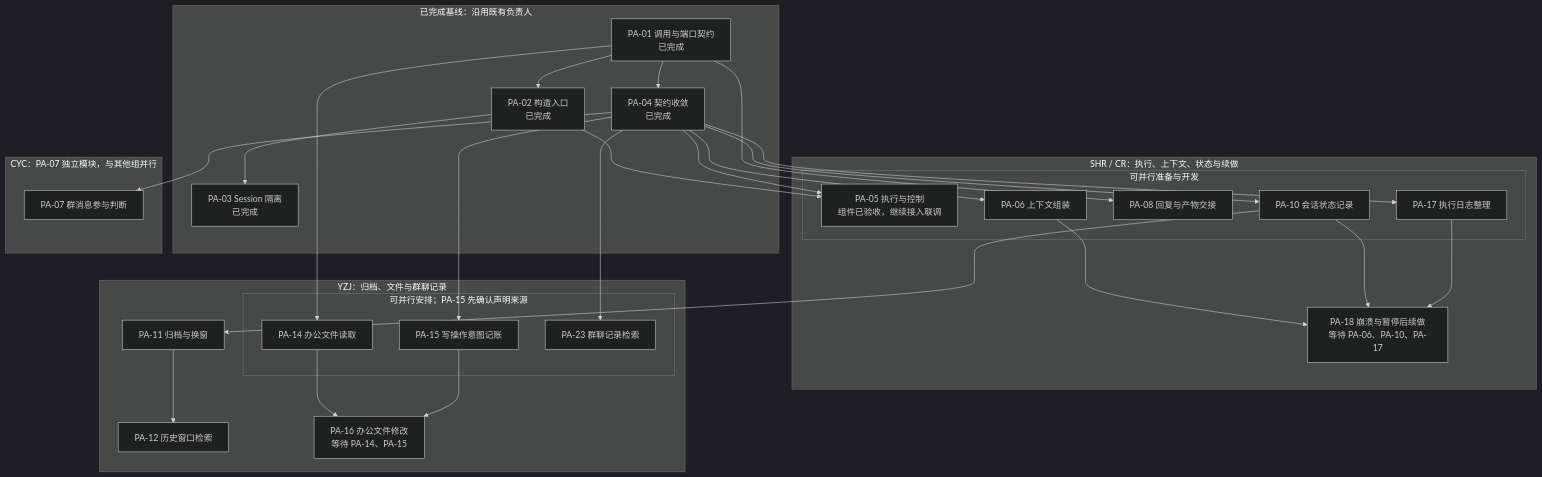
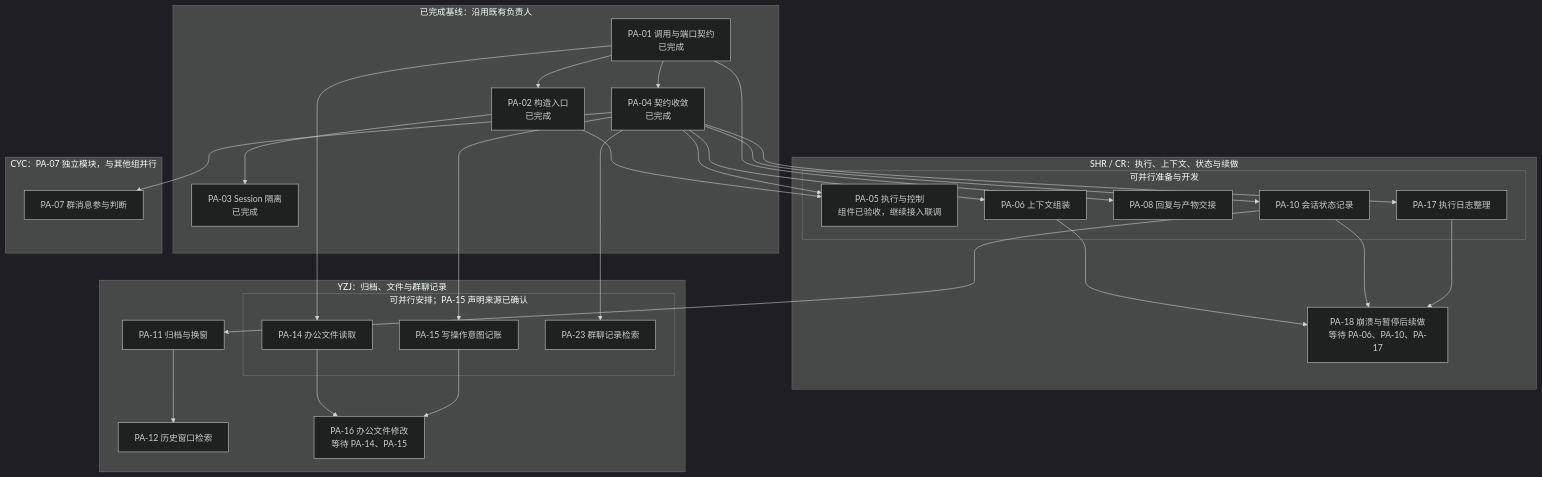
The first of 2 diagrams in openjiuwen/harness/persistent_agent/docs/designs/persistent-agent-development-plan.md (openJiuwen-ai/agent-core), drawn with Mermaid (dark theme) before and after one commit. The commit also changed other lines of this file and 9 other files, not shown here.

Commit message:
feat(PA-15):写操作执行前记录意图，jiuwenswarm待适配

````diff
--- a/openjiuwen/harness/persistent_agent/docs/designs/persistent-agent-development-plan.md
+++ b/openjiuwen/harness/persistent_agent/docs/designs/persistent-agent-development-plan.md
@@ -162,56 +162,56 @@
 ```mermaid
 flowchart TB
     subgraph BASE["已完成基线：沿用既有负责人"]
         P01["PA-01 调用与端口契约<br/>已完成"]
         P02["PA-02 构造入口<br/>已完成"]
         P03["PA-03 Session 隔离<br/>已完成"]
         P04["PA-04 契约收敛<br/>已完成"]
     end
 
     subgraph TEAM_SC["SHR / CR：执行、上下文、状态与续做"]
         subgraph SC_PARALLEL["可并行准备与开发"]
             P05["PA-05 执行与控制<br/>组件已验收，继续接入联调"]
             P06["PA-06 上下文组装"]
             P08["PA-08 回复与产物交接"]
             P10["PA-10 会话状态记录"]
             P17["PA-17 执行日志整理"]
         end
         P18["PA-18 崩溃与暂停后续做<br/>等待 PA-06、PA-10、PA-17"]
     end
 
     subgraph TEAM_YZJ["YZJ：归档、文件与群聊记录"]
-        subgraph YZJ_PARALLEL["可并行安排；PA-15 先确认声明来源"]
+        subgraph YZJ_PARALLEL["可并行安排；PA-15 声明来源已确认"]
             P14["PA-14 办公文件读取"]
             P15["PA-15 写操作意图记账"]
             P23["PA-23 群聊记录检索"]
         end
         P11["PA-11 归档与换窗"]
         P12["PA-12 历史窗口检索"]
         P16["PA-16 办公文件修改<br/>等待 PA-14、PA-15"]
     end
 
     subgraph GROUP_DECISION["CYC：PA-07 独立模块，与其他组并行"]
         P07["PA-07 群消息参与判断"]
     end
 
     P01 --> P02
     P02 --> P03
     P01 --> P04
     P02 --> P05
     P04 --> P05
     P04 --> P06
     P04 --> P07
     P01 --> P08
     P04 --> P10
     P10 --> P11
     P11 --> P12
     P01 --> P14
     P04 --> P15
     P14 --> P16
     P15 --> P16
     P04 --> P17
     P06 --> P18
     P10 --> P18
     P17 --> P18
     P04 --> P23
 ```
````
